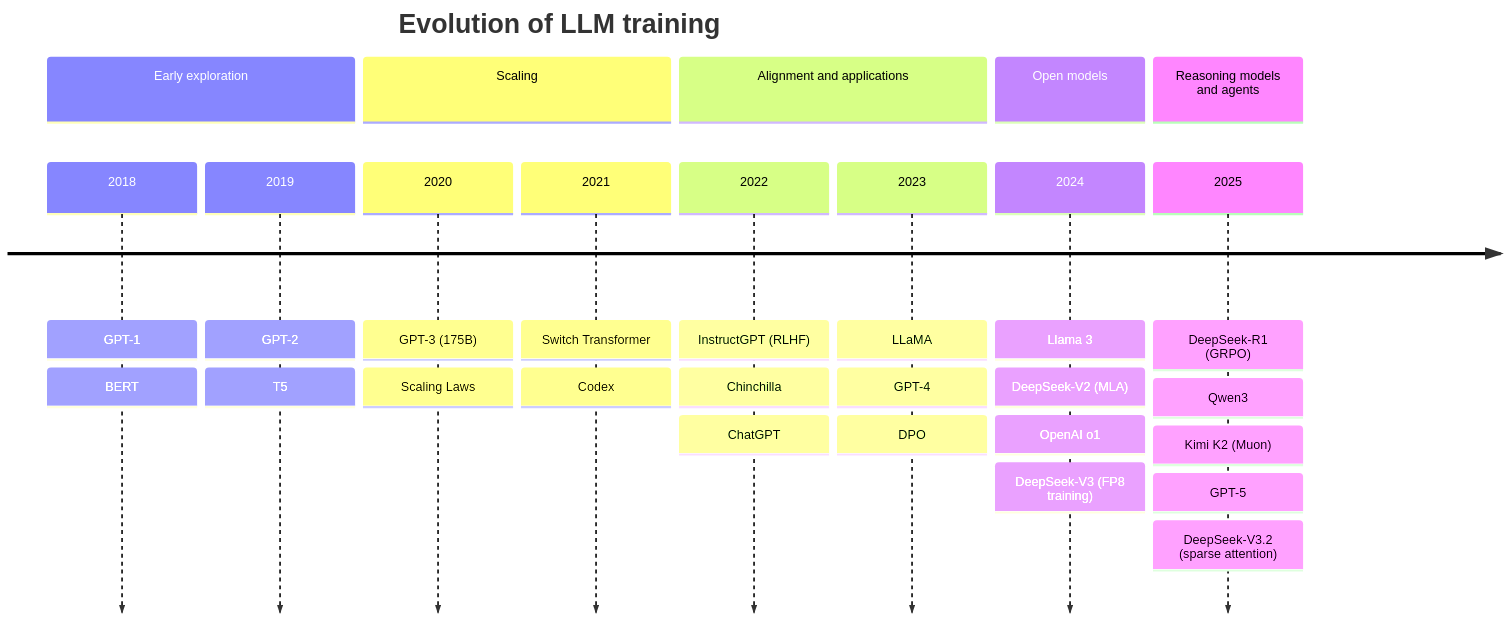
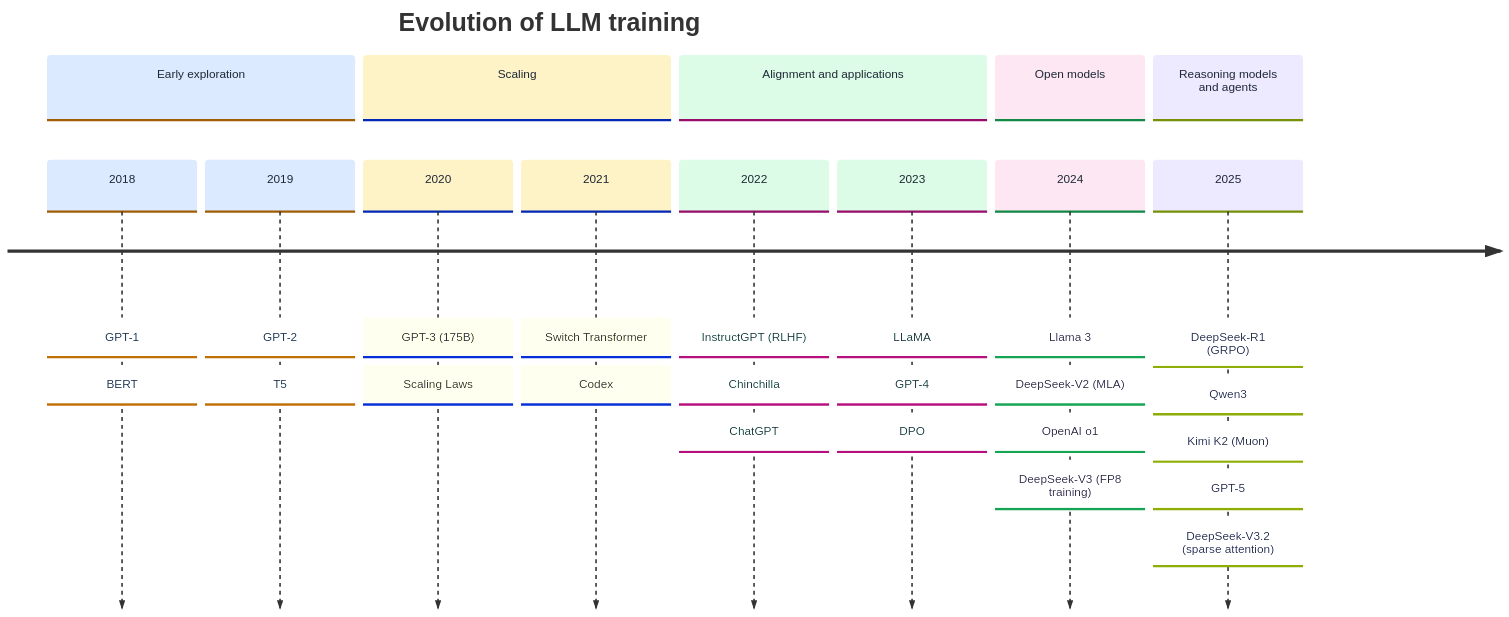
Before and after one commit to TingdeLiu/tingdeliu.github.io: the first of 29 diagrams in _translations/en/research/LLM-Training-Survey.md, drawn with Mermaid. The commit also changed 2 other files, not shown here.

Commit message:
style(llm-survey): high-contrast theme for the evolution timeline

````diff
--- a/_translations/en/research/LLM-Training-Survey.md
+++ b/_translations/en/research/LLM-Training-Survey.md
@@ -133,17 +133,18 @@
 ```mermaid
+%%{init: { 'theme': 'base', 'themeVariables': { 'fontSize': '15px', 'cScale0': '#dbeafe', 'cScale1': '#fef3c7', 'cScale2': '#dcfce7', 'cScale3': '#fce7f3', 'cScale4': '#ede9fe', 'cScaleLabel0': '#1f2937', 'cScaleLabel1': '#1f2937', 'cScaleLabel2': '#1f2937', 'cScaleLabel3': '#1f2937', 'cScaleLabel4': '#1f2937' } } }%%
 timeline
     title Evolution of LLM training
     section Early exploration
         2018 : GPT-1 : BERT
         2019 : GPT-2 : T5
     section Scaling
         2020 : GPT-3 (175B) : Scaling Laws
         2021 : Switch Transformer : Codex
     section Alignment and applications
         2022 : InstructGPT (RLHF) : Chinchilla : ChatGPT
         2023 : LLaMA : GPT-4 : DPO
     section Open models
         2024 : Llama 3 : DeepSeek-V2 (MLA) : OpenAI o1 : DeepSeek-V3 (FP8 training)
     section Reasoning models and agents
         2025 : DeepSeek-R1 (GRPO) : Qwen3 : Kimi K2 (Muon) : GPT-5 : DeepSeek-V3.2 (sparse attention)
 ```
````
